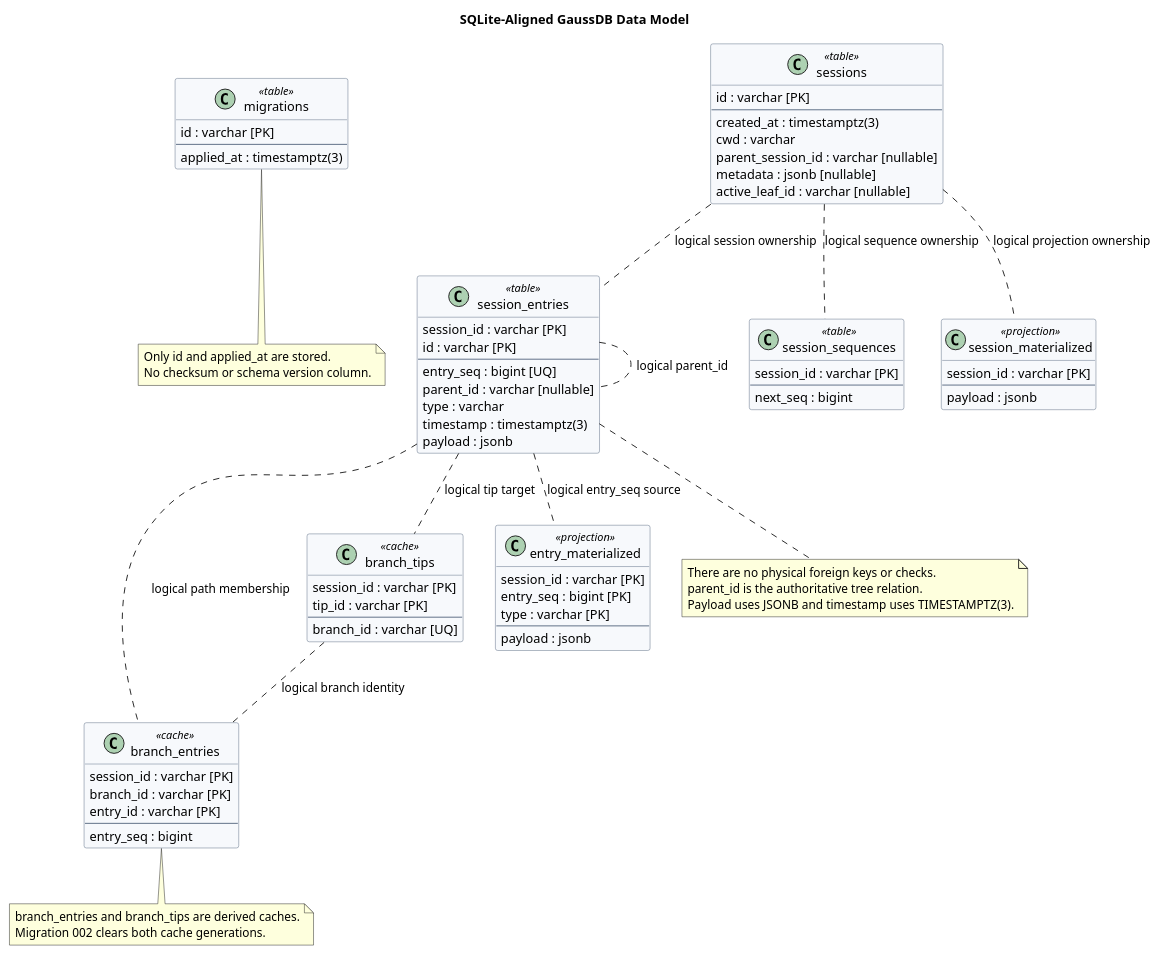
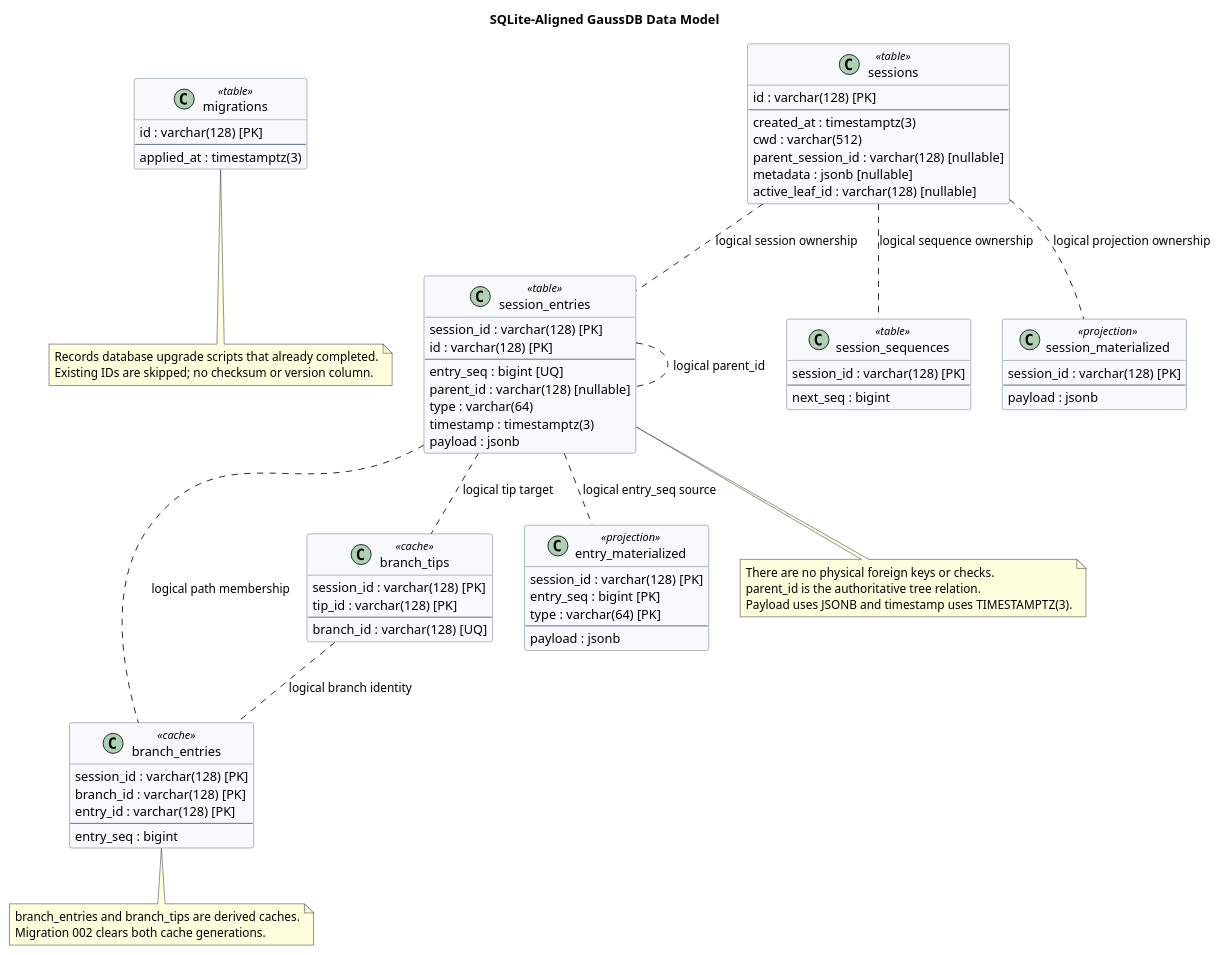
The third of 4 diagrams in diagrams/memory/diagram.puml (superheromeZzh/pi-mono-java-design), drawn with PlantUML before and after one commit. The commit also changed other lines of this file and 4 other files, not shown here.

```diff
--- a/diagrams/memory/diagram.puml
+++ b/diagrams/memory/diagram.puml
@@ -115,111 +115,112 @@
 @startuml memory-data-model
 title SQLite-Aligned GaussDB Data Model
 top to bottom direction
 
 skinparam backgroundColor #FFFFFF
 skinparam shadowing false
 skinparam classAttributeIconSize 0
 skinparam classBorderColor #53657D
 skinparam classBackgroundColor #F7F9FC
 
 ' Source evidence:
 ' - badlogic/pi-mono@f0deb8dd8e9611e89b5bc4145ca92c03ae6ed4ee
 ' - packages/storage/sqlite-node/src/sqlite/migrations.ts: ensureMigrationsTable
 ' - packages/storage/sqlite-node/src/sqlite/migrations/001_initial.sql: lines 1-59
 ' - packages/storage/sqlite-node/src/sqlite/migrations/002_branch_tips.sql: lines 1-12
 ' - packages/agent/src/harness/session/repository.ts: createTimestamp
 ' - packages/storage/sqlite-node/src/sqlite/storage/session-entries.ts: encodeEntry
 ' - packages/storage/sqlite-node/src/sqlite/storage/session-materialized.ts: serializeSummary
 ' Observed behavior: the final SQLite core schema has exactly eight logical tables.
 ' Target adaptation: preserve names, columns, nullability, keys, and indexes.
-' Type adaptation: strings use VARCHAR, sequences use BIGINT, timestamps use TIMESTAMPTZ(3), and JSON documents use JSONB.
+' Target-only product constraint: IDs use VARCHAR(128), types use VARCHAR(64), and cwd uses VARCHAR(512).
+' Type adaptation: sequences use BIGINT, timestamps use TIMESTAMPTZ(3), and JSON documents use JSONB.
 ' Design reason: omit SQLite WITHOUT ROWID and add no other database structure.
 
 class "migrations" as migrations <<table>> {
-  id : varchar [PK]
+  id : varchar(128) [PK]
   --
   applied_at : timestamptz(3)
 }
 
 class "sessions" as sessions <<table>> {
-  id : varchar [PK]
+  id : varchar(128) [PK]
   --
   created_at : timestamptz(3)
-  cwd : varchar
-  parent_session_id : varchar [nullable]
+  cwd : varchar(512)
+  parent_session_id : varchar(128) [nullable]
   metadata : jsonb [nullable]
-  active_leaf_id : varchar [nullable]
+  active_leaf_id : varchar(128) [nullable]
 }
 
 class "session_entries" as session_entries <<table>> {
-  session_id : varchar [PK]
-  id : varchar [PK]
+  session_id : varchar(128) [PK]
+  id : varchar(128) [PK]
   --
   entry_seq : bigint [UQ]
-  parent_id : varchar [nullable]
-  type : varchar
+  parent_id : varchar(128) [nullable]
+  type : varchar(64)
   timestamp : timestamptz(3)
   payload : jsonb
 }
 
 class "session_sequences" as session_sequences <<table>> {
-  session_id : varchar [PK]
+  session_id : varchar(128) [PK]
   --
   next_seq : bigint
 }
 
 class "branch_entries" as branch_entries <<cache>> {
-  session_id : varchar [PK]
-  branch_id : varchar [PK]
-  entry_id : varchar [PK]
+  session_id : varchar(128) [PK]
+  branch_id : varchar(128) [PK]
+  entry_id : varchar(128) [PK]
   --
   entry_seq : bigint
 }
 
 class "branch_tips" as branch_tips <<cache>> {
-  session_id : varchar [PK]
-  tip_id : varchar [PK]
+  session_id : varchar(128) [PK]
+  tip_id : varchar(128) [PK]
   --
-  branch_id : varchar [UQ]
+  branch_id : varchar(128) [UQ]
 }
 
 class "session_materialized" as session_materialized <<projection>> {
-  session_id : varchar [PK]
+  session_id : varchar(128) [PK]
   --
   payload : jsonb
 }
 
 class "entry_materialized" as entry_materialized <<projection>> {
-  session_id : varchar [PK]
+  session_id : varchar(128) [PK]
   entry_seq : bigint [PK]
-  type : varchar [PK]
+  type : varchar(64) [PK]
   --
   payload : jsonb
 }
 
 sessions .. session_entries : logical session ownership
 sessions .. session_sequences : logical sequence ownership
 sessions .. session_materialized : logical projection ownership
 session_entries .. session_entries : logical parent_id
 session_entries .. entry_materialized : logical entry_seq source
 session_entries .. branch_entries : logical path membership
 session_entries .. branch_tips : logical tip target
 branch_tips .. branch_entries : logical branch identity
 
 note bottom of session_entries
 There are no physical foreign keys or checks.
 parent_id is the authoritative tree relation.
 Payload uses JSONB and timestamp uses TIMESTAMPTZ(3).
 end note
 
 note bottom of branch_entries
 branch_entries and branch_tips are derived caches.
 Migration 002 clears both cache generations.
 end note
 
 note bottom of migrations
-Only id and applied_at are stored.
-No checksum or schema version column.
+Records database upgrade scripts that already completed.
+Existing IDs are skipped; no checksum or version column.
 end note
 
 @enduml
```
